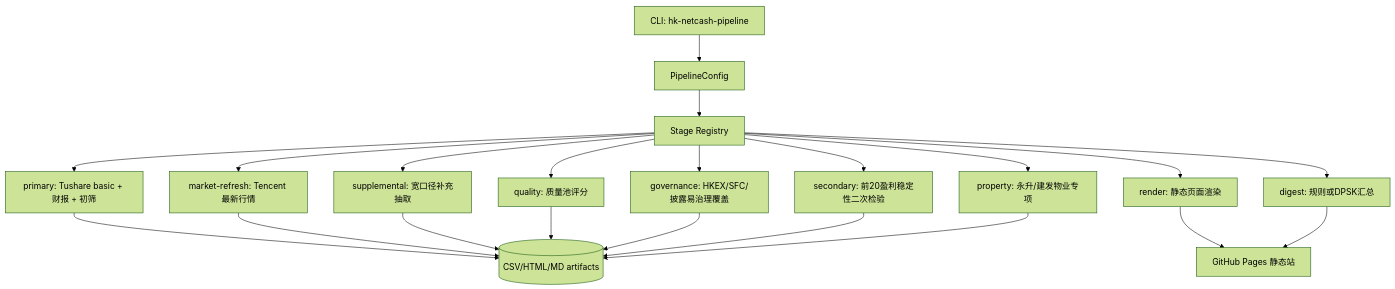
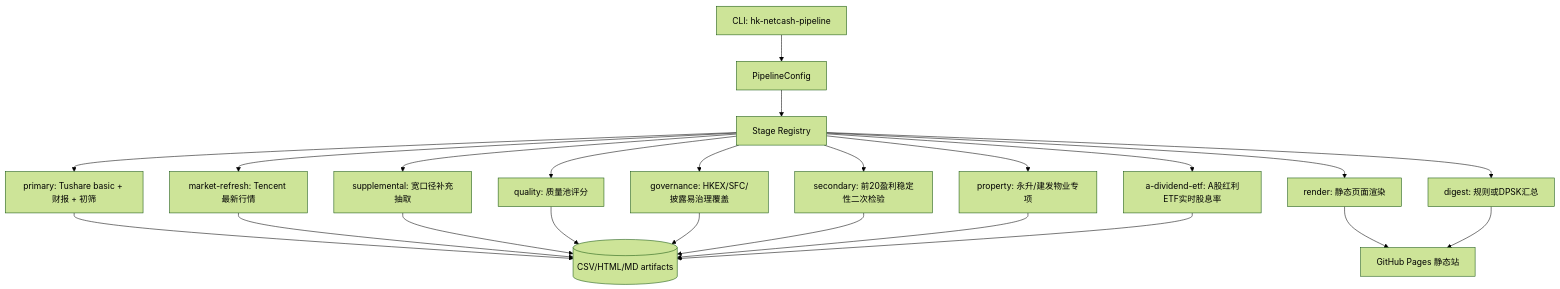
The diagram in docs/architecture.md (measimov/hk-netcash-candidates), drawn with Mermaid (forest theme) before and after one commit. The commit also changed other lines of this file and 16 other files, not shown here.

Commit message:
Add A-share dividend ETF ranking

````diff
--- a/docs/architecture.md
+++ b/docs/architecture.md
@@ -22,23 +22,25 @@
 ```mermaid
 flowchart TD
     A[CLI: hk-netcash-pipeline] --> B[PipelineConfig]
     B --> C[Stage Registry]
     C --> D1[primary: Tushare basic + 财报 + 初筛]
     C --> D2[market-refresh: Tencent 最新行情]
     C --> D3[supplemental: 宽口径补充抽取]
     C --> D4[quality: 质量池评分]
     C --> D5[governance: HKEX/SFC/披露易治理覆盖]
     C --> D6[secondary: 前20盈利稳定性二次检验]
     C --> D7[property: 永升/建发物业专项]
-    C --> D8[render: 静态页面渲染]
-    C --> D9[digest: 规则或DPSK汇总]
+    C --> D8[a-dividend-etf: A股红利ETF实时股息率]
+    C --> D9[render: 静态页面渲染]
+    C --> D10[digest: 规则或DPSK汇总]
     D1 --> E[(CSV/HTML/MD artifacts)]
     D2 --> E
     D3 --> E
     D4 --> E
     D5 --> E
     D6 --> E
     D7 --> E
-    D8 --> F[GitHub Pages 静态站]
-    D9 --> F
+    D8 --> E
+    D9 --> F[GitHub Pages 静态站]
+    D10 --> F
 ```
````
